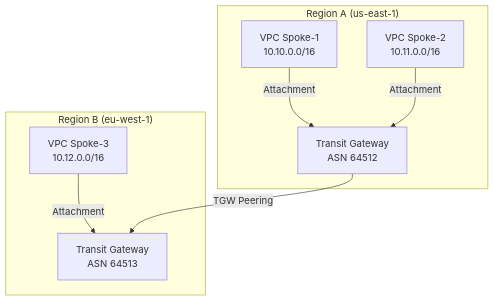
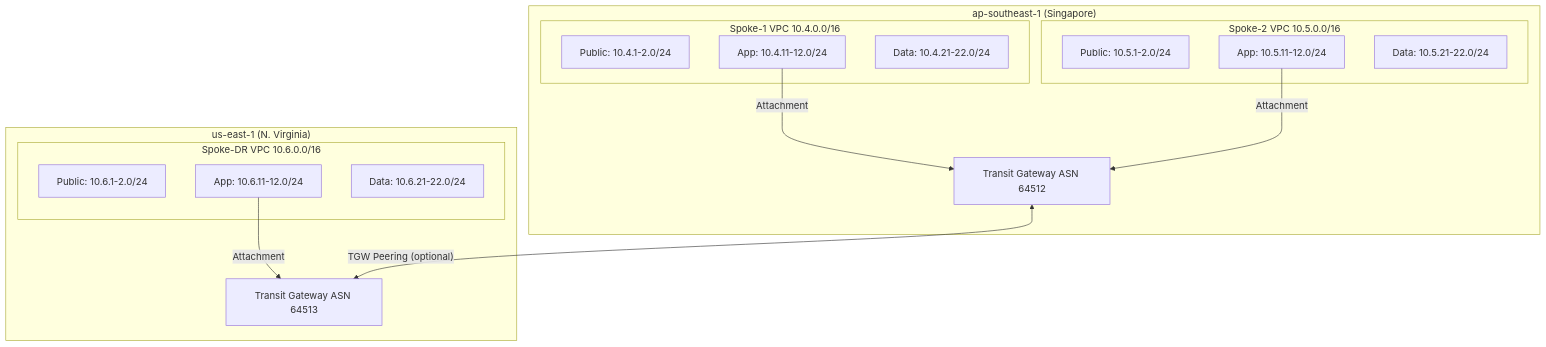
One commit to duynhlab/tf-ministack-local changed the fourth of 6 diagrams in docs/README.md. Above: the diagram before and after it, drawn with Mermaid. The commit also changed other lines of this file and 22 other files, not shown here.

````diff
--- a/docs/README.md
+++ b/docs/README.md
@@ -81,18 +159,35 @@
 ```mermaid
 graph TD
-    subgraph "Region A (us-east-1)"
-        TGWA[Transit Gateway<br/>ASN 64512]
-        VPC1[VPC Spoke-1<br/>10.10.0.0/16]
-        VPC2[VPC Spoke-2<br/>10.11.0.0/16]
-        VPC1 -->|Attachment| TGWA
-        VPC2 -->|Attachment| TGWA
+    subgraph tgwRegionA ["ap-southeast-1 (Singapore)"]
+        TGWA["Transit Gateway ASN 64512"]
+        
+        subgraph spoke1 ["Spoke-1 VPC 10.4.0.0/16"]
+            S1_PUB["Public: 10.4.1-2.0/24"]
+            S1_APP["App: 10.4.11-12.0/24"]
+            S1_DATA["Data: 10.4.21-22.0/24"]
+        end
+        
+        subgraph spoke2 ["Spoke-2 VPC 10.5.0.0/16"]
+            S2_PUB["Public: 10.5.1-2.0/24"]
+            S2_APP["App: 10.5.11-12.0/24"]
+            S2_DATA["Data: 10.5.21-22.0/24"]
+        end
+        
+        S1_APP -->|"Attachment"| TGWA
+        S2_APP -->|"Attachment"| TGWA
     end
     
-    subgraph "Region B (eu-west-1)"
-        TGWB[Transit Gateway<br/>ASN 64513]
-        VPC3[VPC Spoke-3<br/>10.12.0.0/16]
-        VPC3 -->|Attachment| TGWB
+    subgraph tgwRegionB ["us-east-1 (N. Virginia)"]
+        TGWB["Transit Gateway ASN 64513"]
+        
+        subgraph spokeDR ["Spoke-DR VPC 10.6.0.0/16"]
+            SDR_PUB["Public: 10.6.1-2.0/24"]
+            SDR_APP["App: 10.6.11-12.0/24"]
+            SDR_DATA["Data: 10.6.21-22.0/24"]
+        end
+        
+        SDR_APP -->|"Attachment"| TGWB
     end
     
-    TGWA -->|TGW Peering| TGWB
+    TGWA <-->|"TGW Peering (optional)"| TGWB
 ```
````
